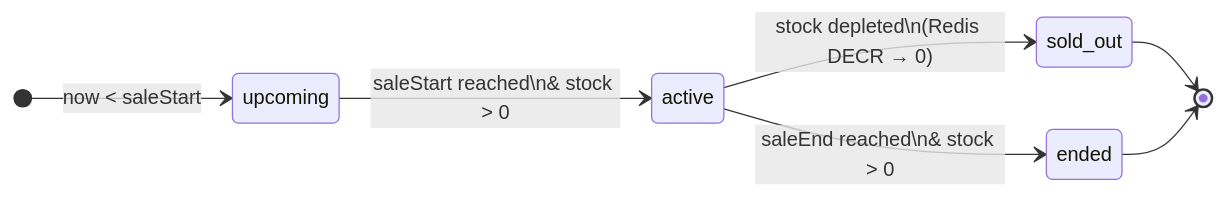
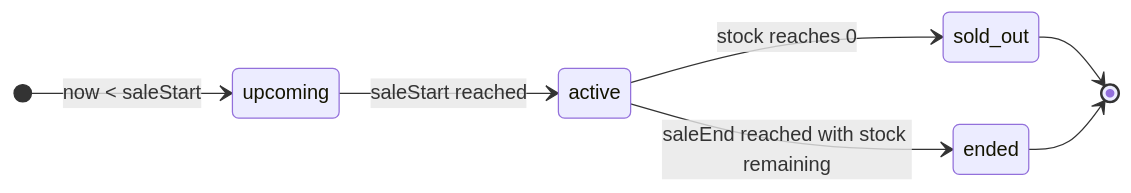
Before and after one commit to yoelsadriant/flash-sale: the fourth of 5 diagrams in docs/architecture.md, drawn with Mermaid. The commit also changed other lines of this file and 85 other files, not shown here.

Commit message:
Flash-sale Lambdalith (FE: React, BE: NodeJs/TS Express + Redis + SQS + DDB)

````diff
--- a/docs/architecture.md
+++ b/docs/architecture.md
@@ -195,13 +191,13 @@
 ```mermaid
 stateDiagram-v2
     direction LR
     [*] --> upcoming : now < saleStart
 
-    upcoming --> active : saleStart reached\n& stock > 0
+    upcoming --> active : saleStart reached
 
-    active --> sold_out : stock depleted\n(Redis DECR → 0)
-    active --> ended    : saleEnd reached\n& stock > 0
+    active --> sold_out : stock reaches 0
+    active --> ended    : saleEnd reached with stock remaining
 
     sold_out --> [*]
     ended    --> [*]
 ```
````
